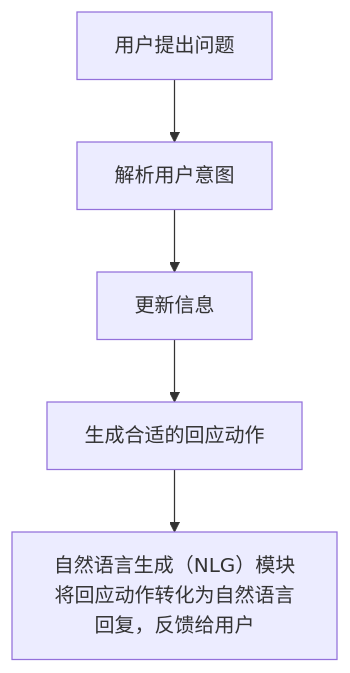
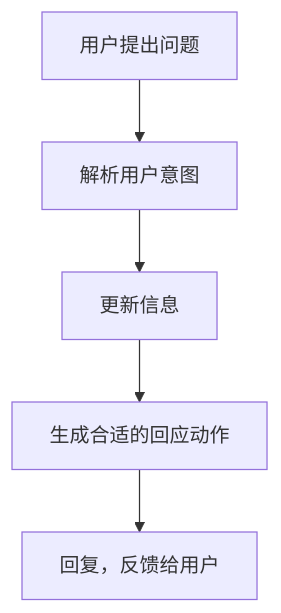
One commit to Let-9/iodraw-files changed the diagram in all/未命名-3.md. Above: the diagram before and after it, drawn with Mermaid.

Commit message:
2024-12-10 11:32:35 update

````diff
--- a/all/未命名-3.md
+++ b/all/未命名-3.md
@@ -1,7 +1,7 @@
 ```mermaid
 graph TD;
     A[用户提出问题] --> B[解析用户意图];
     B --> C[更新信息];
     C --> D[生成合适的回应动作];
-    D --> E[自然语言生成（NLG）模块将回应动作转化为自然语言回复，反馈给用户];
+    D --> E[回复，反馈给用户];
 ```
````
